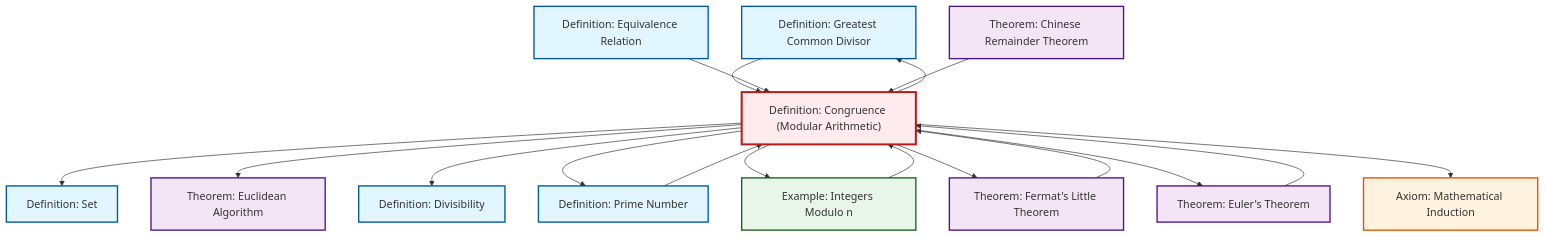
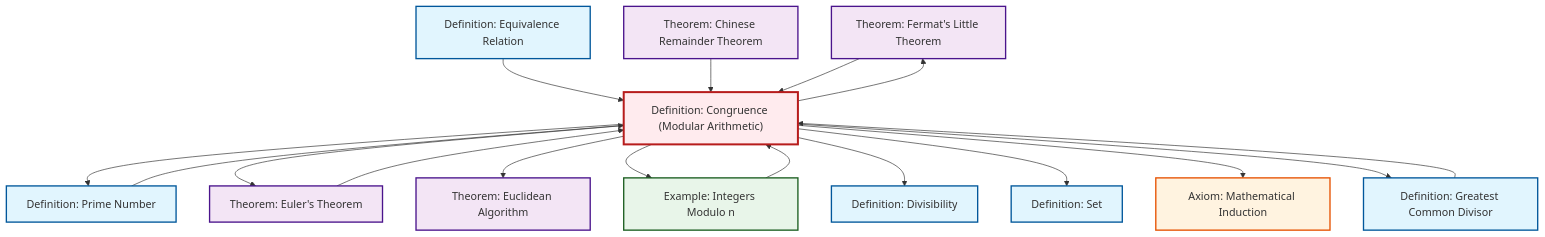
One commit to RK0429/ModernMath changed the diagram in content/en/number-theory/def-congruence.qmd. Above: the diagram before and after it, drawn with Mermaid. The commit also changed other lines of this file and 672 other files, not shown here.

````diff
--- a/content/en/number-theory/def-congruence.qmd
+++ b/content/en/number-theory/def-congruence.qmd
@@ -123,49 +123,49 @@
 ```{mermaid}
 %%| fig-cap: "Local dependency graph"
 graph TD
     classDef definition fill:#e1f5fe,stroke:#01579b,stroke-width:2px
     classDef theorem fill:#f3e5f5,stroke:#4a148c,stroke-width:2px
     classDef axiom fill:#fff3e0,stroke:#e65100,stroke-width:2px
     classDef example fill:#e8f5e9,stroke:#1b5e20,stroke-width:2px
     classDef current fill:#ffebee,stroke:#b71c1c,stroke-width:3px
-    def-gcd["Definition: Greatest Common Divisor"]:::definition
-    def-congruence["Definition: Congruence (Modular Arithmetic)"]:::definition
-    thm-euler["Theorem: Euler's Theorem"]:::theorem
-    thm-chinese-remainder["Theorem: Chinese Remainder Theorem"]:::theorem
-    ax-induction["Axiom: Mathematical Induction"]:::axiom
-    def-divisibility["Definition: Divisibility"]:::definition
     def-set["Definition: Set"]:::definition
     thm-euclidean-algorithm["Theorem: Euclidean Algorithm"]:::theorem
     thm-fermat-little["Theorem: Fermat's Little Theorem"]:::theorem
+    thm-euler["Theorem: Euler's Theorem"]:::theorem
+    def-congruence["Definition: Congruence (Modular Arithmetic)"]:::definition
+    ex-quotient-integers-mod-n["Example: Integers Modulo n"]:::example
     def-equivalence-relation["Definition: Equivalence Relation"]:::definition
+    ax-induction["Axiom: Mathematical Induction"]:::axiom
     def-prime["Definition: Prime Number"]:::definition
-    ex-quotient-integers-mod-n["Example: Integers Modulo n"]:::example
+    def-gcd["Definition: Greatest Common Divisor"]:::definition
+    thm-chinese-remainder["Theorem: Chinese Remainder Theorem"]:::theorem
+    def-divisibility["Definition: Divisibility"]:::definition
+    def-congruence --> def-prime
+    def-equivalence-relation --> def-congruence
+    def-congruence --> thm-euler
+    ex-quotient-integers-mod-n --> def-congruence
+    def-congruence --> thm-euclidean-algorithm
+    def-congruence --> thm-fermat-little
+    def-gcd --> def-congruence
+    def-congruence --> ex-quotient-integers-mod-n
+    def-prime --> def-congruence
+    def-congruence --> def-divisibility
+    def-congruence --> def-set
+    thm-chinese-remainder --> def-congruence
+    thm-fermat-little --> def-congruence
+    def-congruence --> ax-induction
+    def-congruence --> def-gcd
     thm-euler --> def-congruence
-    def-congruence --> def-set
-    ex-quotient-integers-mod-n --> def-congruence
-    def-gcd --> def-congruence
-    def-prime --> def-congruence
-    def-congruence --> thm-euclidean-algorithm
-    def-congruence --> def-divisibility
-    def-congruence --> def-gcd
-    def-congruence --> def-prime
-    def-congruence --> ex-quotient-integers-mod-n
-    def-equivalence-relation --> def-congruence
-    def-congruence --> thm-fermat-little
-    def-congruence --> thm-euler
-    thm-chinese-remainder --> def-congruence
-    def-congruence --> ax-induction
-    thm-fermat-little --> def-congruence
     class def-congruence current
-    click def-gcd "def-gcd.html" "Go to Greatest Common Divisor definition"
-    click thm-euler "thm-euler.html" "Go to Euler's Theorem theorem"
-    click thm-chinese-remainder "thm-chinese-remainder.html" "Go to Chinese Remainder Theorem theorem"
-    click ax-induction "ax-induction.html" "Go to Mathematical Induction axiom"
-    click def-divisibility "def-divisibility.html" "Go to Divisibility definition"
     click def-set "def-set.html" "Go to Set definition"
     click thm-euclidean-algorithm "thm-euclidean-algorithm.html" "Go to Euclidean Algorithm theorem"
     click thm-fermat-little "thm-fermat-little.html" "Go to Fermat's Little Theorem theorem"
+    click thm-euler "thm-euler.html" "Go to Euler's Theorem theorem"
+    click ex-quotient-integers-mod-n "ex-quotient-integers-mod-n.html" "Go to Integers Modulo n example"
     click def-equivalence-relation "def-equivalence-relation.html" "Go to Equivalence Relation definition"
+    click ax-induction "ax-induction.html" "Go to Mathematical Induction axiom"
     click def-prime "def-prime.html" "Go to Prime Number definition"
-    click ex-quotient-integers-mod-n "ex-quotient-integers-mod-n.html" "Go to Integers Modulo n example"
+    click def-gcd "def-gcd.html" "Go to Greatest Common Divisor definition"
+    click thm-chinese-remainder "thm-chinese-remainder.html" "Go to Chinese Remainder Theorem theorem"
+    click def-divisibility "def-divisibility.html" "Go to Divisibility definition"
 ```
````
